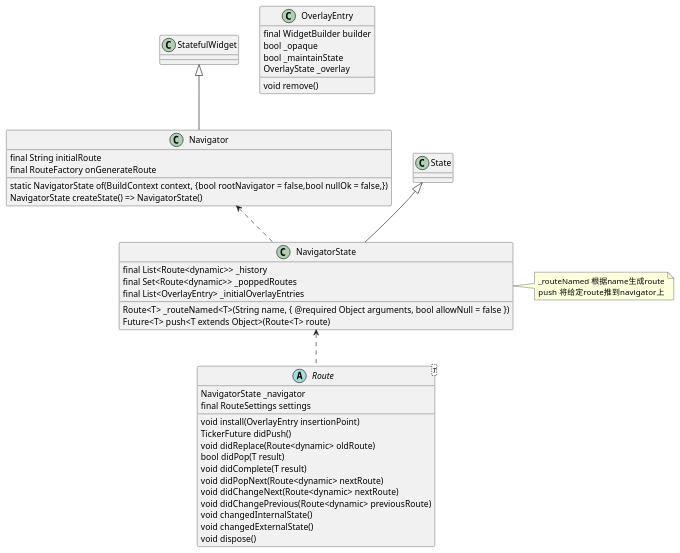
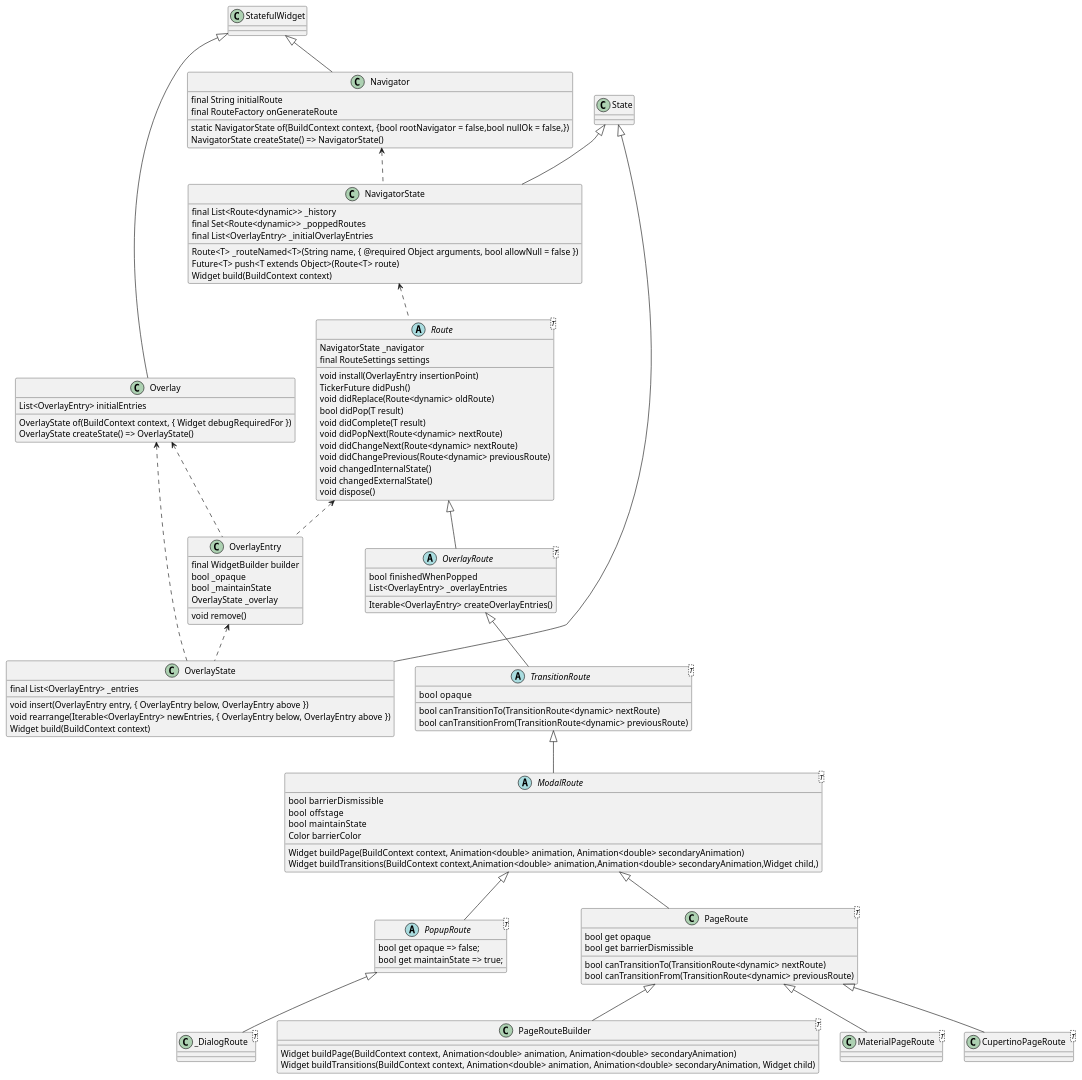
One commit to songshitong/flutterdemo changed the diagram in lib/flutter/source/navigator.puml. Above: the diagram before and after it, drawn with PlantUML. The commit also changed 95 other files, not shown here.

```diff
--- a/lib/flutter/source/navigator.puml
+++ b/lib/flutter/source/navigator.puml
@@ -7,6 +7,16 @@
   NavigatorState createState() => NavigatorState()
 }
 'note right of Navigator{
+'  WidgetApp的build方法使用了Navigator，所以以后的widget树可以直接使用Navigator.of(context)获取NavigatorState
+'    从而控制路由stack的状态
+
+'  Navigator.of(context).push 与overlayState.insert(overlayEntry) 区别
+'   insert不指定位置，默认在最上面，使用的是_entries.insert
+'   push 使用的是_history中的overlayEntries.last，overlayState中insert的不在navigator的_history中
+'   会出现先overlayState.insert，后Navigator push,但是navigator push的页面在下面，因为push不是在最新页面上面插入页面
+'    改变图层上下位置   1 先把overlayEntries.remove 然后重新插入
+'    2 NavigatorObserver 兼容拿到当前route，拿到所有图层route.overlayEntries，调用OverlayState.rearrange 或改变顺序insertall
+
 ' 定义：一个小部件，用于管理具有堆栈规则的一组子小部件
 ' Popup routes
 '   routes不必遮挡整个屏幕，[PopupRoute]用[ModalRoute.barrierColor]覆盖屏幕，该屏幕只能部分不透明以允许当前屏幕显示,
@@ -31,11 +41,15 @@
 
    Route<T> _routeNamed<T>(String name, { @required Object arguments, bool allowNull = false })
    Future<T> push<T extends Object>(Route<T> route)
+   Widget build(BuildContext context)
 }
-note right of NavigatorState{
-   _routeNamed 根据name生成route
-   push  将给定route推到navigator上
-}
+'note right of NavigatorState{
+'   _routeNamed 根据name生成route
+'   push  将给定route推到navigator上
+'
+'   build 方法Listener--AbsorbPointer--FocusScope--Overlay
+'   监听--指针事件--focus--overlay
+'}
 
 abstract class Route<T> {
   NavigatorState _navigator
@@ -92,8 +106,145 @@
 '
 '}
 
+class Overlay {
+  List<OverlayEntry> initialEntries
+  OverlayState of(BuildContext context, { Widget debugRequiredFor })
+  OverlayState createState() => OverlayState()
+}
+'note right of Overlay{
+'  可以独立管理的[堆栈]条目
+'  Overlay让独立的子窗口小部件“浮动”视觉元素,通过将其插入到叠加层[Stack]中展示在其他小部件之上。Overlay使用[OverlayEntry]对象让
+'  这些小部件中的每一个都管理它们在叠加层中的参与
+'
+'  虽然您可以直接创建[Overlay]，但最常见的是使用[WidgetsApp]或[MaterialApp]中[Navigator]创建的叠加层。
+'  Navigator使用其overlay来管理其路线的视觉外观。
+'}
+
+class OverlayState{
+ final List<OverlayEntry> _entries
+ void insert(OverlayEntry entry, { OverlayEntry below, OverlayEntry above })
+ void rearrange(Iterable<OverlayEntry> newEntries, { OverlayEntry below, OverlayEntry above })
+ Widget build(BuildContext context)
+}
+
+'note right of OverlayState{
+'   insert 将给的entry插入进overlay，below和above在哪个Entry的上面或下面，默认在最上面
+'   rearrange 删除给定iterable中列出的所有entry，然后按给定顺序将它们重新插入到Overlay
+'   build 返回stack包裹的多个_OverlayEntry  _OverlayEntry的build方法最终调用OverlayEntry的builder构建widget
+'}
+
+abstract class OverlayRoute<T>{
+  bool  finishedWhenPopped
+  List<OverlayEntry> _overlayEntries
+  Iterable<OverlayEntry> createOverlayEntries()
+}
+'note right of OverlayRoute{
+'  在[Navigator]的[Overlay]中展示widgets的route
+'  finishedWhenPopped  控制[didPop]是否调用[NavigatorState.finalizeRoute]
+'    true  此route在[didPop]期间删除其overlay entry
+'    false 延时移除，比如页面动画结束
+'}
+
+abstract class TransitionRoute<T>{
+   bool  opaque
+   bool canTransitionTo(TransitionRoute<dynamic> nextRoute)
+    bool canTransitionFrom(TransitionRoute<dynamic> previousRoute)
+}
+
+
+'note right of TransitionRoute{
+'  带入口和出口过渡的route
+'  opaque transition完成后route是否会遮盖以前的route
+'  canTransitionTo  true 此路由支持一个过渡动画，该动画在[nextRoute]被推到它上面或当[nextRoute]从它上面弹出时运行
+'}
+
+abstract class ModalRoute<T>{
+  bool  barrierDismissible
+  bool  offstage
+  bool  maintainState
+  Color barrierColor
+  Widget buildPage(BuildContext context, Animation<double> animation, Animation<double> secondaryAnimation)
+  Widget buildTransitions(BuildContext context,Animation<double> animation,Animation<double> secondaryAnimation,Widget child,)
+}
+
+'note right of ModalRoute{
+'  阻止与先前路由交互的路由
+'  [ModalRoute]覆盖整个[Navigator]。然而他们不一定[opaque];例如，弹出菜单仅使用[ModalRoute]在与前一个route重叠的小方框中显示菜单
+'  barrierDismissible  是否可以通过点击模态障碍来解除route
+'   true 如果[barrierDismissible]为true，则点击此屏障将导致当前路径被弹出（参见[Navigator.pop]），其值为null
+'  offstage 这条路线目前是否在后台 如果[offstage]为真，则不会呈现modal barrier（如果有）
+'    在route入口过渡的第一帧上，路线使用1.0的动画进度构建[Offstage]。该路径是不可见的非交互式，但每个小部件都有其最终大小和位置。
+'    这个机制让[HeroController]确定任何hero的最终本地小部件被动画化为过渡的一部分
+'  maintainState 路由在处于非活动状态时是否应保留在内存中
+'  barrierColor  用于模态屏障的颜色。如果这是null，屏障将是透明的
+'     当[offstage]为true时，颜色被忽略，屏障变得不可见
+'     如果此getter将开始返回不同的颜色，则应调用[changedInternalState]以使更改可以采取效果
+'}
+
+abstract class PopupRoute<T>{
+  bool get opaque => false;
+  bool get maintainState => true;
+}
+'note right of PopupRoute{
+'  在当前路由上覆盖窗口小部件的模式route
+'}
+
+class _DialogRoute<T>{
+
+}
+
+class PageRoute<T>{
+  bool get opaque
+  bool get barrierDismissible
+  bool canTransitionTo(TransitionRoute<dynamic> nextRoute)
+  bool canTransitionFrom(TransitionRoute<dynamic> previousRoute)
+}
+'note right of PageRoute{
+'  替换整个屏幕的modal route
+'}
+
+class PageRouteBuilder<T>{
+    Widget buildPage(BuildContext context, Animation<double> animation, Animation<double> secondaryAnimation)
+    Widget buildTransitions(BuildContext context, Animation<double> animation, Animation<double> secondaryAnimation, Widget child)
+}
+'note right of PageRouteBuilder{
+'  用于根据回调定义一次性页面路由的实用程序类
+'  调用者必须定义创建route 主要内容的[pageBuilder]函数.要添加过渡，请定义[transitionsBuilder]功能
+'}
+
+class MaterialPageRoute<T>{
+
+}
+'note right of MaterialPageRoute{
+'  对于Android，页面的入口转换会向上滑动页面并将其淡入。退出转换是相同的，但相反
+'}
+
+class CupertinoPageRoute<T>{
+
+}
+
+'note right of CupertinoPageRoute{
+'  页面从右侧滑入，然后反向退出。它也向左视差运动移动,当另一页进入以覆盖它时
+'}
+abstract class TransitionRoute<T>
 StatefulWidget <|-- Navigator
 State          <|-- NavigatorState
 Navigator      <.. NavigatorState
 NavigatorState <.. Route
+Route          <.. OverlayEntry
+Route          <|-- OverlayRoute
+OverlayRoute   <|-- TransitionRoute
+TransitionRoute<|-- ModalRoute
+ModalRoute     <|-- PopupRoute
+StatefulWidget <|-- Overlay
+Overlay        <.. OverlayEntry
+State          <|-- OverlayState
+Overlay        <..  OverlayState
+OverlayEntry   <..  OverlayState
+PopupRoute     <|--  _DialogRoute
+ModalRoute     <|--  PageRoute
+PageRoute      <|-- PageRouteBuilder
+PageRoute      <|-- MaterialPageRoute
+PageRoute      <|-- CupertinoPageRoute
+
 @enduml
```
